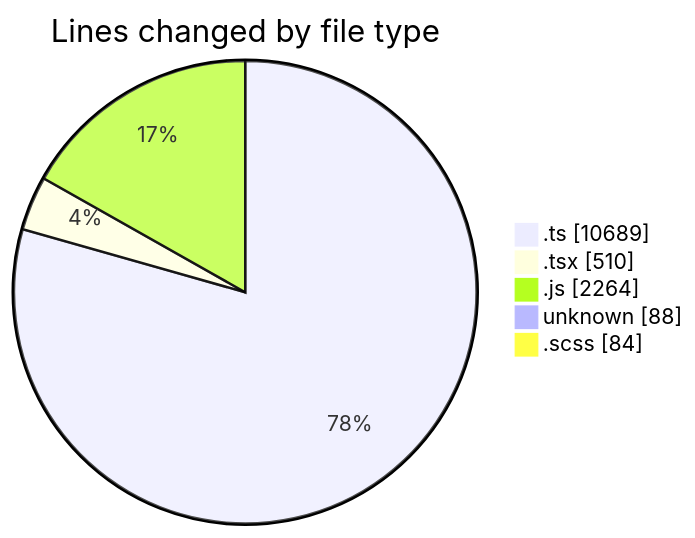
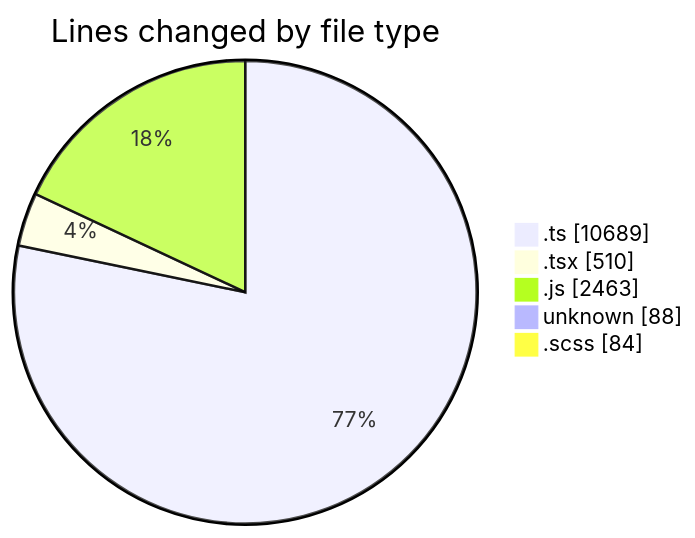
Before and after one commit to momahboobian/code-tracking: the first of 2 diagrams in 2026-03-11/cda/README.md, drawn with Mermaid. The commit also changed other lines of this file and 1 other file, not shown here.

````diff
--- a/2026-03-11/cda/README.md
+++ b/2026-03-11/cda/README.md
@@ -38,9 +39,9 @@
 ```mermaid
 pie showData
 title Lines changed by file type
 ".ts" : 10689
 ".tsx" : 510
-".js" : 2264
+".js" : 2463
 "unknown" : 88
 ".scss" : 84
 ```
````
